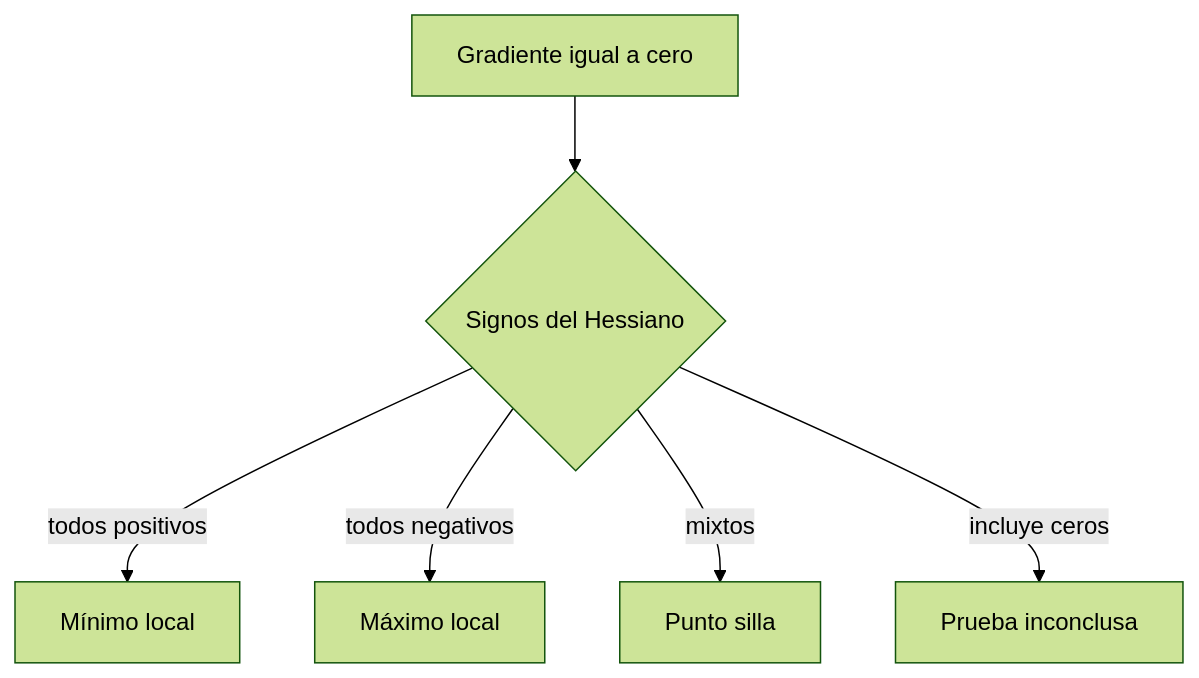
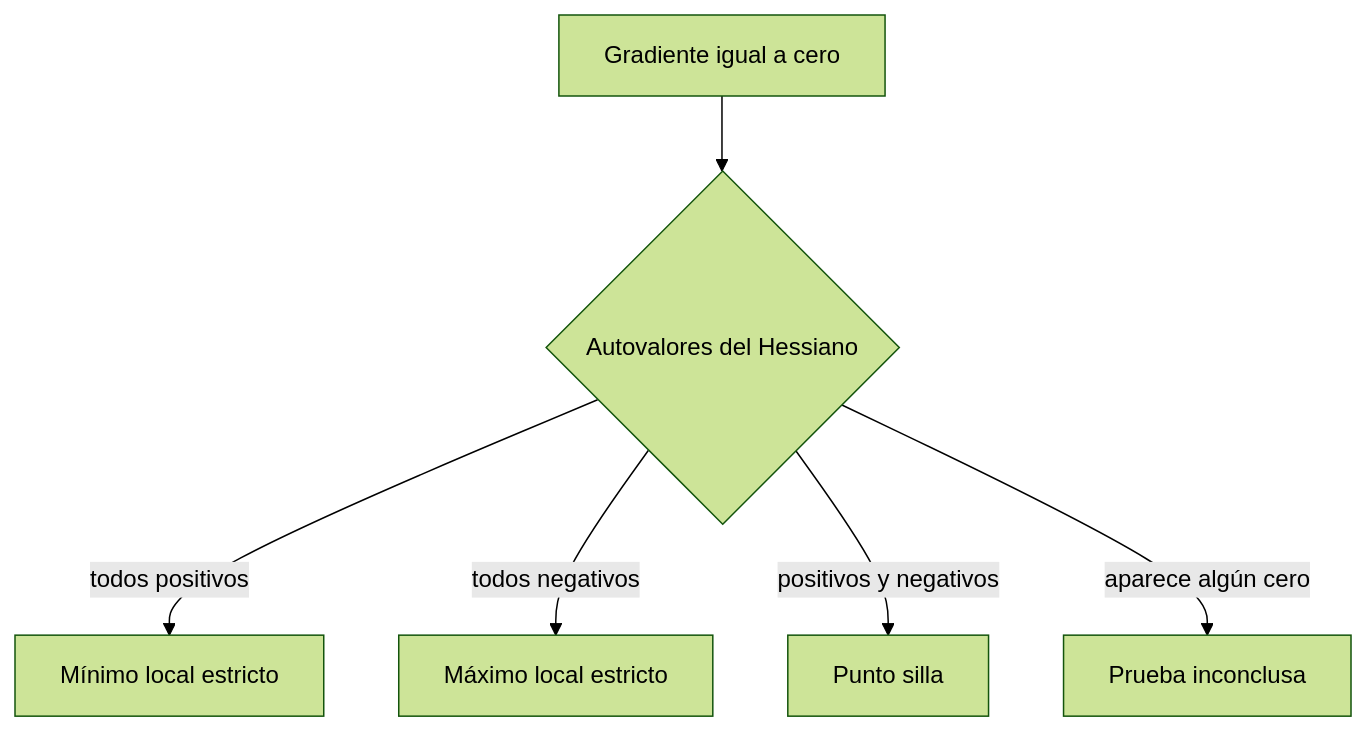
One commit to kalech7/notes changed the diagram in Obsidian/posgrado/master/MATEMÁTICAS Y PROGRAMACIÓN IA/calculo multivariable y matricial/03 Hessiano, convexidad y cálculo matricial.md. Above: the diagram before and after it, drawn with Mermaid (forest theme). The commit also changed other lines of this file and 143 other files, not shown here.

````diff
--- a/Obsidian/posgrado/master/MATEMÁTICAS Y PROGRAMACIÓN IA/calculo multivariable y matricial/03 Hessiano, convexidad y cálculo matricial.md
+++ b/Obsidian/posgrado/master/MATEMÁTICAS Y PROGRAMACIÓN IA/calculo multivariable y matricial/03 Hessiano, convexidad y cálculo matricial.md
@@ -111,8 +138,8 @@
 ```mermaid
 flowchart TD
-    A[Gradiente igual a cero] --> B{Signos del Hessiano}
-    B -->|todos positivos| C[Mínimo local]
-    B -->|todos negativos| D[Máximo local]
-    B -->|mixtos| E[Punto silla]
-    B -->|incluye ceros| F[Prueba inconclusa]
+    A[Gradiente igual a cero] --> B{Autovalores del Hessiano}
+    B -->|todos positivos| C[Mínimo local estricto]
+    B -->|todos negativos| D[Máximo local estricto]
+    B -->|positivos y negativos| E[Punto silla]
+    B -->|aparece algún cero| F[Prueba inconclusa]
 ```
````
